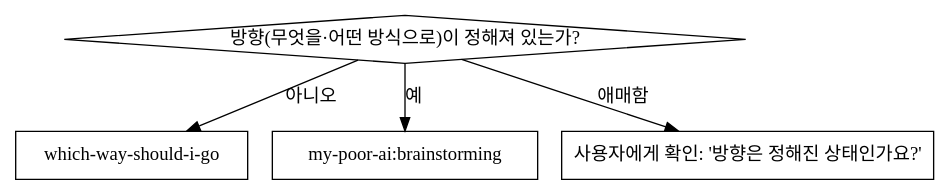
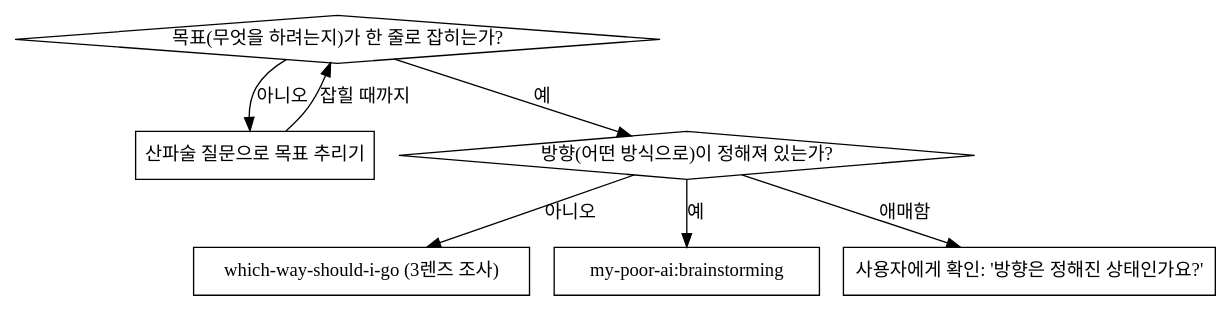
One commit to hicucu/my-poor-ai changed the diagram in skills/which-way-should-i-go/SKILL.md. Above: the diagram before and after it, drawn with Graphviz. The commit also changed other lines of this file, not shown here.

Commit message:
feat: which-way-should-i-go에 산파술 목표 추리기 게이트 추가
목표(무엇)조차 불명확하면 바로 3렌즈 조사에 들어가지 않고, socratic-plan-review의 산파술 원칙을 차용해 한 번에 하나씩 질문으로 목표를 추린 뒤 방향 판정으로 진입하도록 순서도를 2단(목표→방향)으로 확장. 목표가 한 줄로 잡히면 즉시 중단(요구사항 전체는 brainstorming 몫). 목표 불명확/명확 대조 테스트 통과.

Claude-Session: https://claude.ai/code/session_01W6xjUBXZiKqTwPQFQhKxpx

````diff
--- a/skills/which-way-should-i-go/SKILL.md
+++ b/skills/which-way-should-i-go/SKILL.md
@@ -16,12 +16,17 @@
 ```dot
 digraph direction_gate {
-    "방향(무엇을·어떤 방식으로)이 정해져 있는가?" [shape=diamond];
-    "which-way-should-i-go" [shape=box];
+    "목표(무엇을 하려는지)가 한 줄로 잡히는가?" [shape=diamond];
+    "산파술 질문으로 목표 추리기" [shape=box];
+    "방향(어떤 방식으로)이 정해져 있는가?" [shape=diamond];
+    "which-way-should-i-go (3렌즈 조사)" [shape=box];
     "my-poor-ai:brainstorming" [shape=box];
     "사용자에게 확인: '방향은 정해진 상태인가요?'" [shape=box];
 
-    "방향(무엇을·어떤 방식으로)이 정해져 있는가?" -> "which-way-should-i-go" [label="아니오"];
-    "방향(무엇을·어떤 방식으로)이 정해져 있는가?" -> "my-poor-ai:brainstorming" [label="예"];
-    "방향(무엇을·어떤 방식으로)이 정해져 있는가?" -> "사용자에게 확인: '방향은 정해진 상태인가요?'" [label="애매함"];
+    "목표(무엇을 하려는지)가 한 줄로 잡히는가?" -> "산파술 질문으로 목표 추리기" [label="아니오"];
+    "산파술 질문으로 목표 추리기" -> "목표(무엇을 하려는지)가 한 줄로 잡히는가?" [label="잡힐 때까지"];
+    "목표(무엇을 하려는지)가 한 줄로 잡히는가?" -> "방향(어떤 방식으로)이 정해져 있는가?" [label="예"];
+    "방향(어떤 방식으로)이 정해져 있는가?" -> "which-way-should-i-go (3렌즈 조사)" [label="아니오"];
+    "방향(어떤 방식으로)이 정해져 있는가?" -> "my-poor-ai:brainstorming" [label="예"];
+    "방향(어떤 방식으로)이 정해져 있는가?" -> "사용자에게 확인: '방향은 정해진 상태인가요?'" [label="애매함"];
 }
 ```
````
